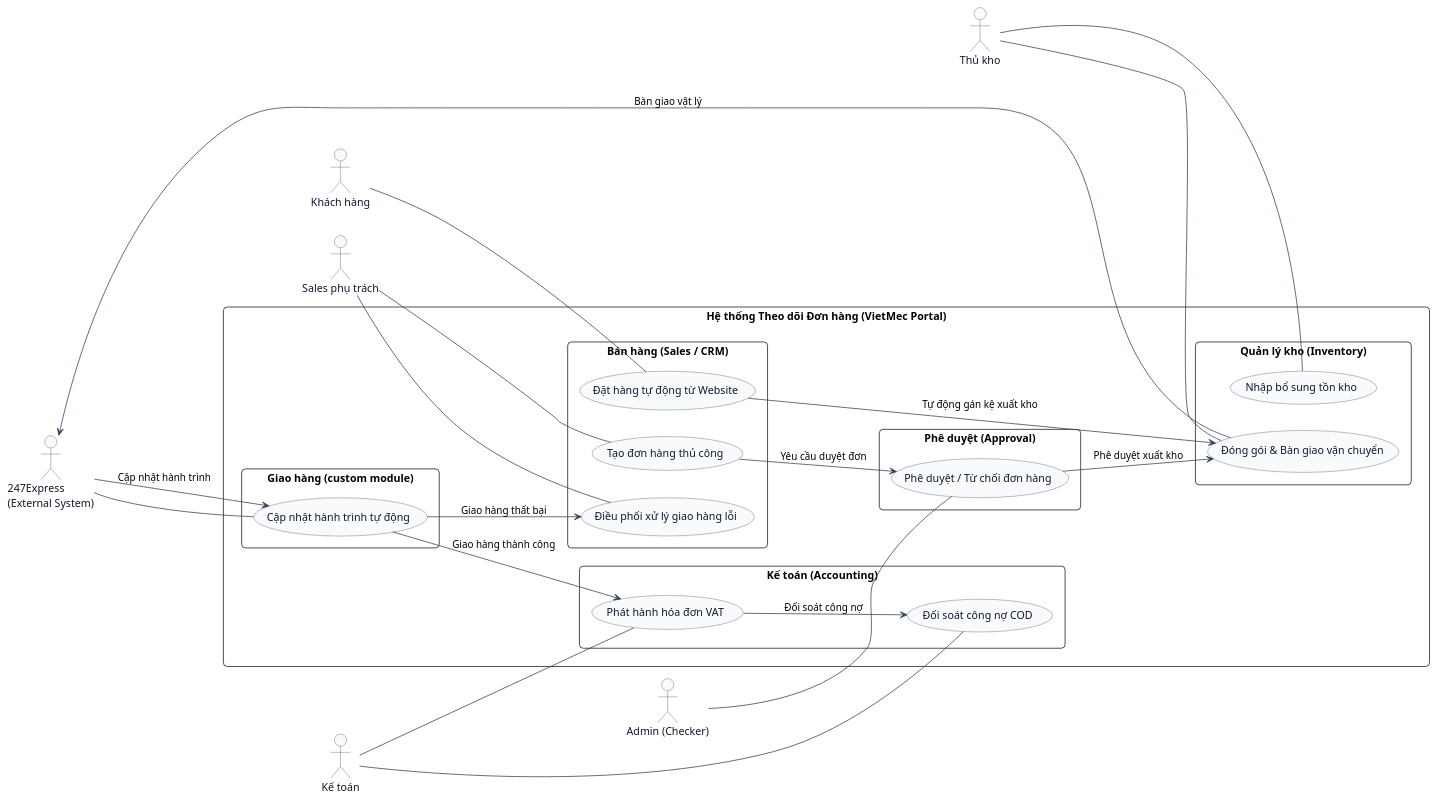
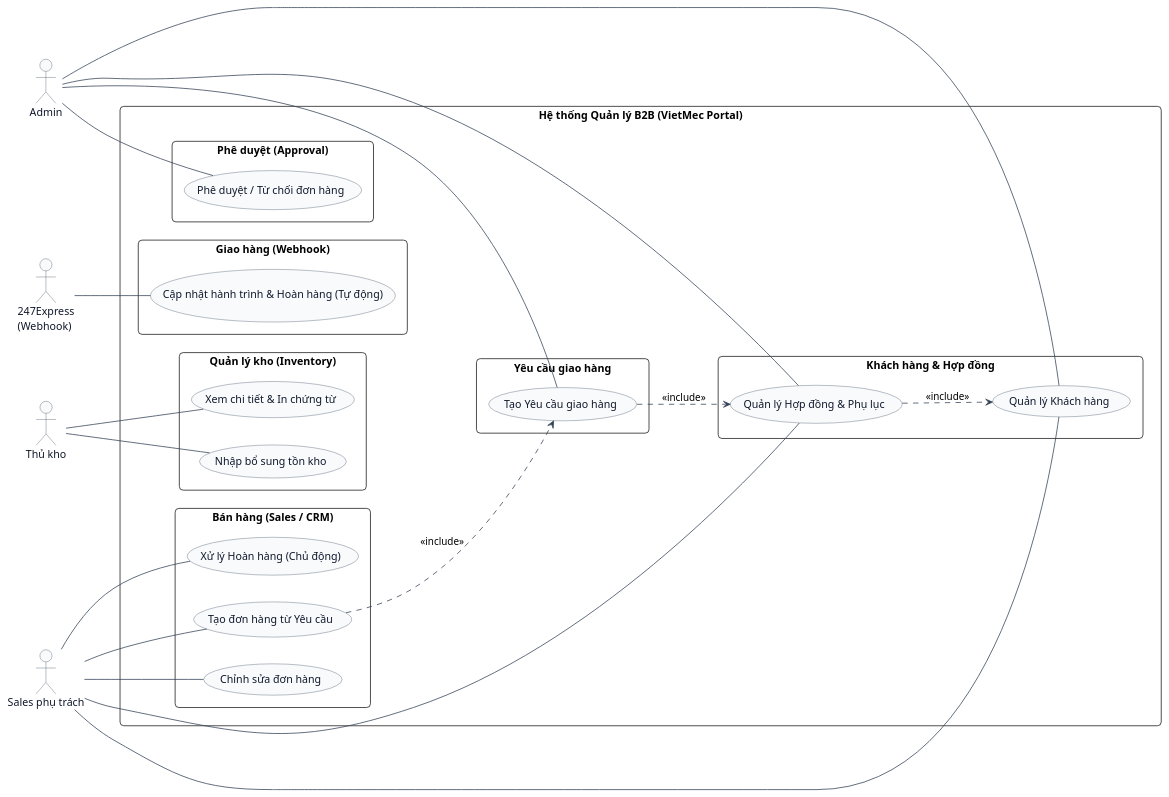
Before and after one commit to nlchis/DVM-SRS: the diagram in docs/order-tracking/usecases/diagram.md, drawn with PlantUML. The commit also changed other lines of this file and 2574 other files, not shown here.

Commit message:
docs: cập nhật tài liệu SRS và cài đặt bộ skill wireframe

````diff
--- a/docs/order-tracking/usecases/diagram.md
+++ b/docs/order-tracking/usecases/diagram.md
@@ -5,69 +5,72 @@
 ```plantuml
 @startuml
 left to right direction
 skinparam RoundCorner 10
 skinparam UsecaseBackgroundColor #F8FAFC
 skinparam UsecaseBorderColor #475569
 skinparam UsecaseFontColor #0F172A
 skinparam ActorBackgroundColor #F8FAFC
 skinparam ActorBorderColor #475569
 skinparam ActorFontColor #0F172A
 skinparam ArrowColor #334155
 
-actor "Khách hàng" as KH
 actor "Sales phụ trách" as Sales
-actor "Admin (Checker)" as Admin
+actor "Admin" as Admin
 actor "Thủ kho" as WH
-actor "Kế toán" as Accountant
-actor "247Express\n(External System)" as Courier
+actor "247Express\n(Webhook)" as Courier
 
-rectangle "Hệ thống Theo dõi Đơn hàng (VietMec Portal)" {
+rectangle "Hệ thống Quản lý B2B (VietMec Portal)" {
+
+  rectangle "Khách hàng & Hợp đồng" {
+    usecase "Quản lý Khách hàng" as UCc1
+    usecase "Quản lý Hợp đồng & Phụ lục" as UCc2
+  }
+
+  rectangle "Yêu cầu giao hàng" {
+    usecase "Tạo Yêu cầu giao hàng" as UCd1
+  }
 
   rectangle "Bán hàng (Sales / CRM)" {
-    usecase "Đặt hàng tự động từ Website" as UC1
-    usecase "Tạo đơn hàng thủ công" as UC2
-    usecase "Điều phối xử lý giao hàng lỗi" as UC6
+    usecase "Tạo đơn hàng từ Yêu cầu" as UC1
+    usecase "Chỉnh sửa đơn hàng" as UC4
+    usecase "Xử lý Hoàn hàng (Chủ động)" as UC5a
   }
 
   rectangle "Phê duyệt (Approval)" {
-    usecase "Phê duyệt / Từ chối đơn hàng" as UC3
+    usecase "Phê duyệt / Từ chối đơn hàng" as UC2
   }
 
   rectangle "Quản lý kho (Inventory)" {
-    usecase "Đóng gói & Bàn giao vận chuyển" as UC4
-    usecase "Nhập bổ sung tồn kho" as UC9
+    usecase "Xem chi tiết & In chứng từ" as UC3
+    usecase "Nhập bổ sung tồn kho" as UC6
   }
 
-  rectangle "Giao hàng (custom module)" {
-    usecase "Cập nhật hành trình tự động" as UC5
-  }
-
-  rectangle "Kế toán (Accounting)" {
-    usecase "Phát hành hóa đơn VAT" as UC7
-    usecase "Đối soát công nợ COD" as UC8
+  rectangle "Giao hàng (Webhook)" {
+    usecase "Cập nhật hành trình & Hoàn hàng (Tự động)" as UC5b
   }
 }
 
-' Actor to Use Case Associations (Standard UML solid lines)
-KH -- UC1
-Sales -- UC2
-Sales -- UC6
-Admin -- UC3
-WH -- UC4
-WH -- UC9
-Accountant -- UC7
-Accountant -- UC8
-Courier -- UC5
+' Actor to Use Case Associations
+Sales -- UCc1
+Sales -- UCc2
+Sales -- UC1
+Sales -- UC4
+Sales -- UC5a
 
-' Connections representing flows/relationships between operations
-UC1 --> UC4 : "Tự động gán kệ xuất kho"
-UC2 --> UC3 : "Yêu cầu duyệt đơn"
-UC3 --> UC4 : "Phê duyệt xuất kho"
-UC4 --> Courier : "Bàn giao vật lý"
-Courier --> UC5 : "Cập nhật hành trình"
-UC5 --> UC6 : "Giao hàng thất bại"
-UC5 --> UC7 : "Giao hàng thành công"
-UC7 --> UC8 : "Đối soát công nợ"
+Admin -- UCc1
+Admin -- UCc2
+Admin -- UCd1
+Admin -- UC2
+
+WH -- UC3
+WH -- UC6
+
+Courier -- UC5b
+
+' Connections
+UCc2 ..> UCc1 : <<include>>
+UCd1 ..> UCc2 : <<include>>
+UC1 ..> UCd1 : <<include>>
 
 @enduml
 ```
````
